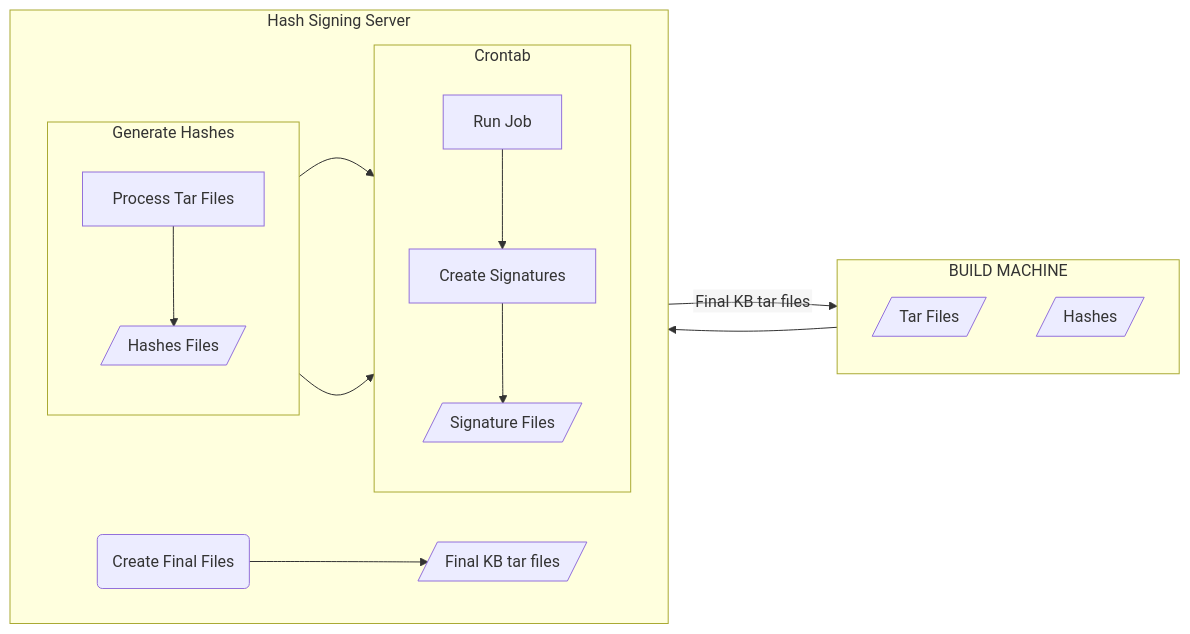
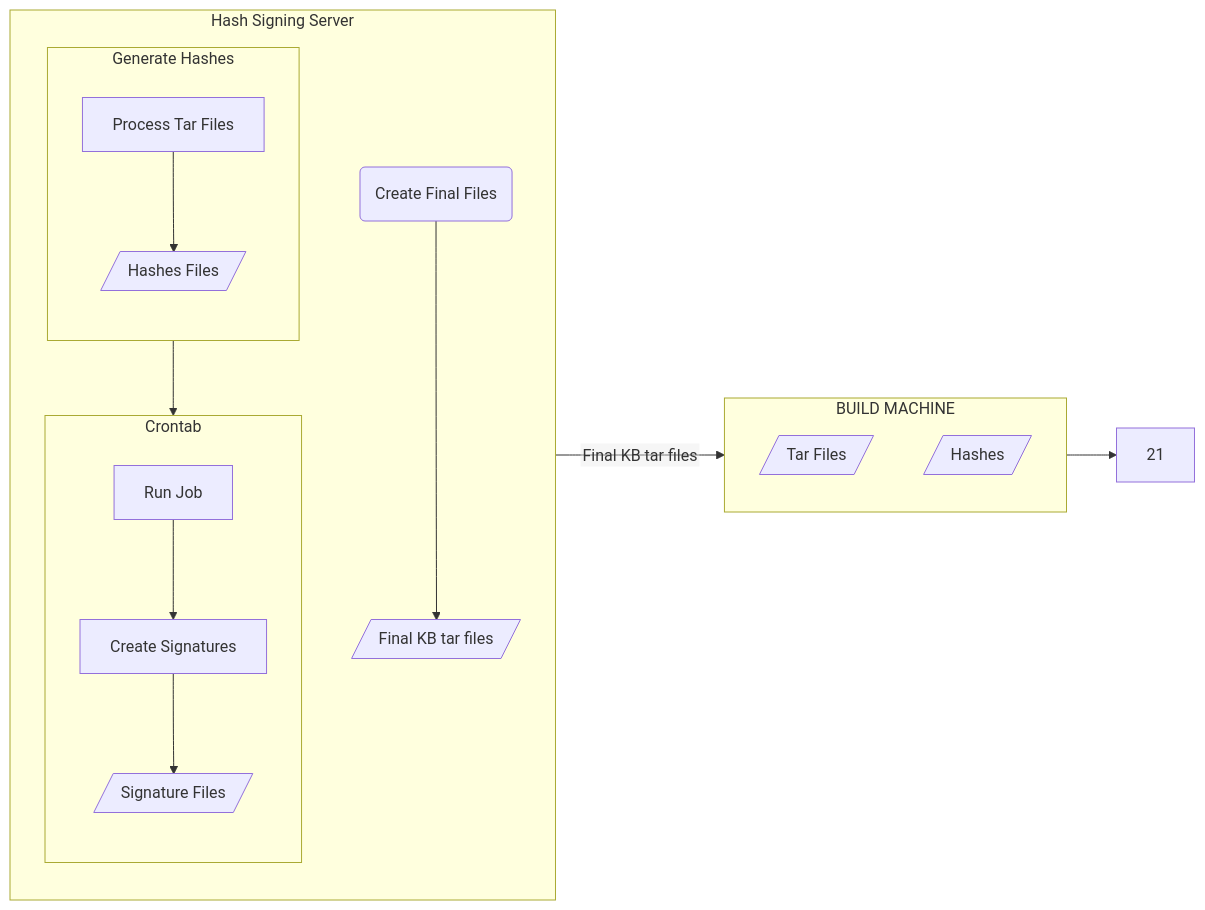
The diagram in README.md (lopezji/test-repository), drawn with Mermaid before and after one commit.

Commit message:
Working diagrams

````diff
--- a/README.md
+++ b/README.md
@@ -4,33 +4,32 @@
 ```mermaid
 %%{init: {"flowchart": {"htmlLabels": false}} }%%
 flowchart LR
     subgraph a["BUILD MACHINE"]
         direction TB
             a1[/Tar Files/]
             a2[/Hashes/]
     end
 
      subgraph b["Hash Signing Server"]
-        direction LR
+        direction TB
             subgraph b1[Generate Hashes]
                 direction TB
                  b11[Process Tar Files] --> b12[/Hashes Files/]
             end
 
             subgraph b2["Crontab"]
                 direction TB 
                 b21["Run Job"] --> b22[Create Signatures]
                 b22 --> b23[/Signature Files/]
             end 
 
             c1("Create Final Files") --> c2[/Final KB tar files/]
 
-            b1 --> b2
             b12 --> b21
             
      end               
 
-     a --> b
+     a --> 21
 
      b -- "Final KB tar files" --> a
 ```
````
